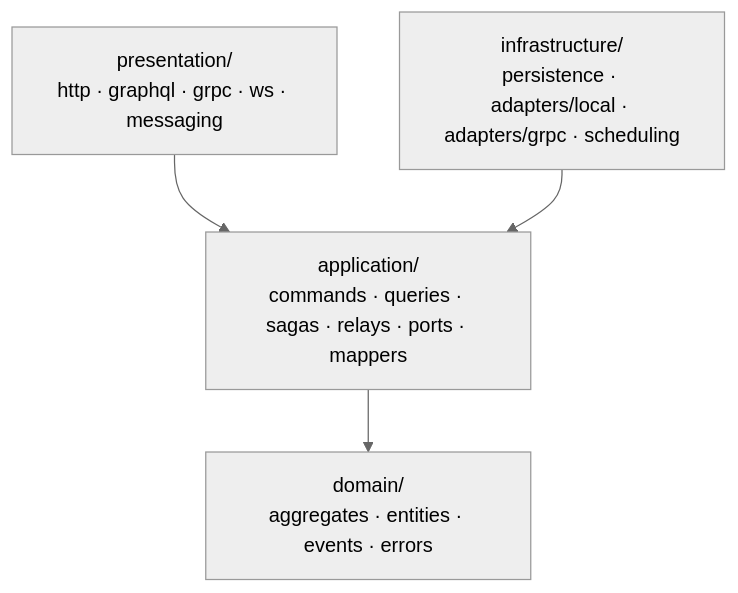
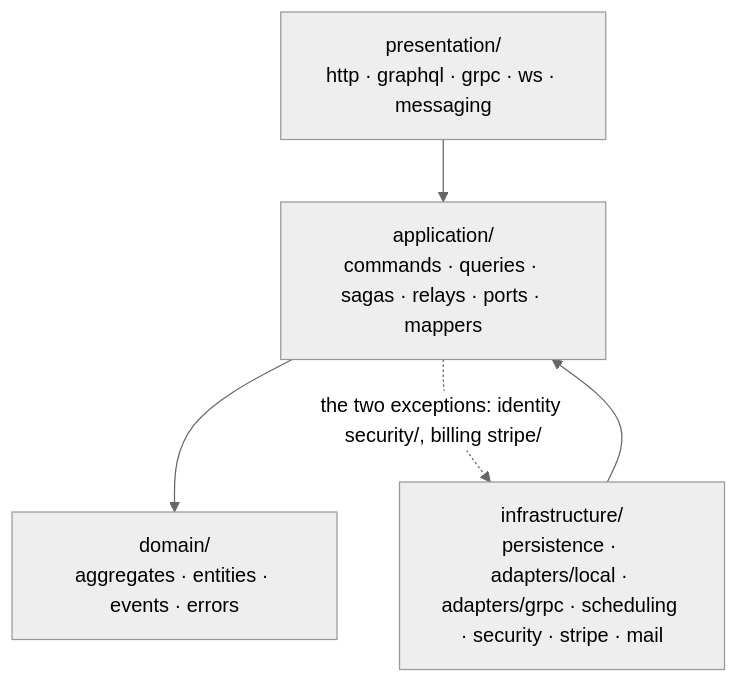
The second of 7 diagrams in docs/ARCHITECTURE.md (alonecandies/nestjs-boilerplate), drawn with Mermaid (neutral theme) before and after one commit. The commit also changed other lines of this file and 5 other files, not shown here.

````diff
--- a/docs/ARCHITECTURE.md
+++ b/docs/ARCHITECTURE.md
@@ -61,6 +73,7 @@
 ```mermaid
 flowchart TB
   P["presentation/<br/>http · graphql · grpc · ws · messaging"] --> A
-  I["infrastructure/<br/>persistence · adapters/local · adapters/grpc · scheduling"] --> A
+  I["infrastructure/<br/>persistence · adapters/local · adapters/grpc · scheduling · security · stripe · mail"] --> A
   A["application/<br/>commands · queries · sagas · relays · ports · mappers"] --> D["domain/<br/>aggregates · entities · events · errors"]
+  A -.->|"the two exceptions: identity security/, billing stripe/"| I
 ```
````
